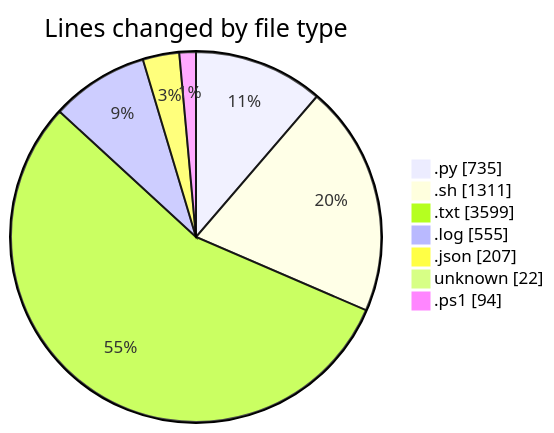
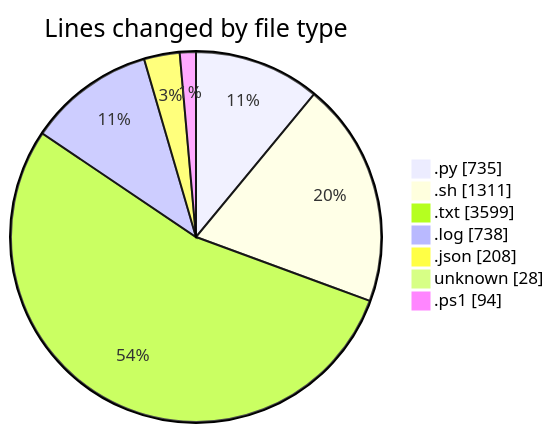
The first of 2 diagrams in 2026-04-11/scripting_workshop/README.md (Unknowalive/code-tracking), drawn with Mermaid before and after one commit. The commit also changed other lines of this file and 1 other file, not shown here.

````diff
--- a/2026-04-11/scripting_workshop/README.md
+++ b/2026-04-11/scripting_workshop/README.md
@@ -47,11 +49,11 @@
 ```mermaid
 pie showData
 title Lines changed by file type
 ".py" : 735
 ".sh" : 1311
 ".txt" : 3599
-".log" : 555
-".json" : 207
-"unknown" : 22
+".log" : 738
+".json" : 208
+"unknown" : 28
 ".ps1" : 94
 ```
````
